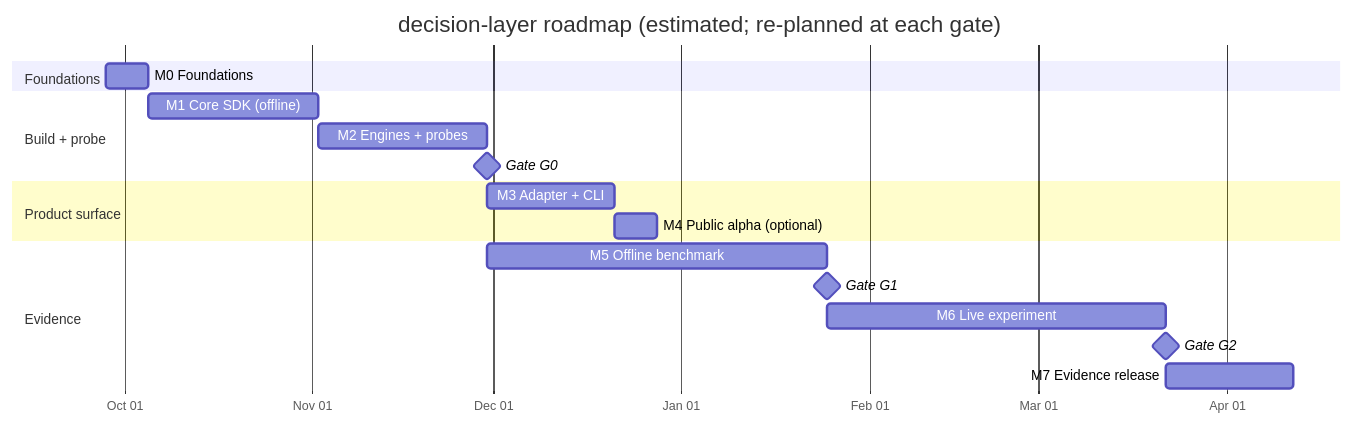
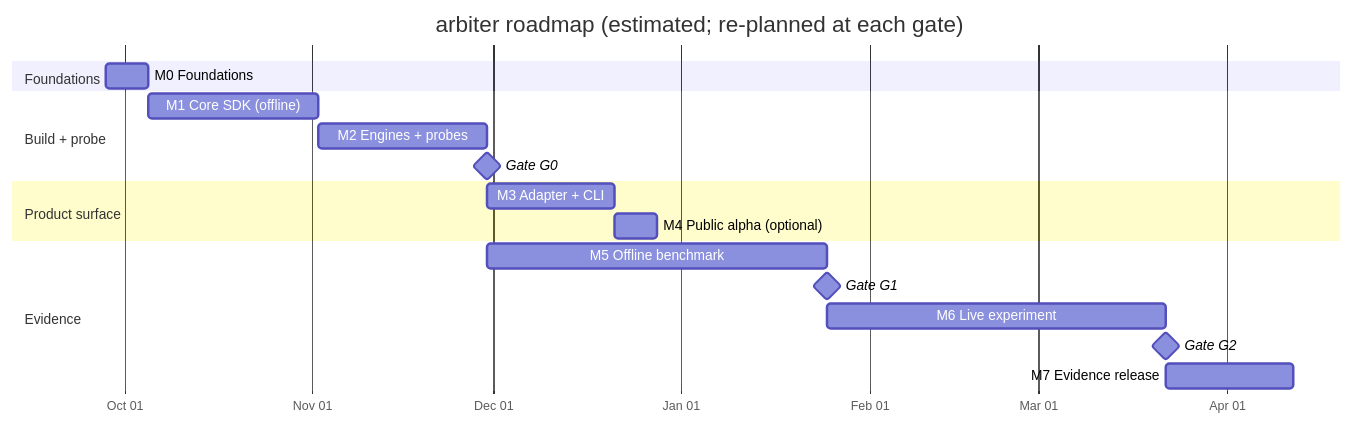
One commit to shrijacked/ARBITER changed the fifth of 5 diagrams in docs/PLAN.md. Above: the diagram before and after it, drawn with Mermaid. The commit also changed other lines of this file and 8 other files, not shown here.

````diff
--- a/docs/PLAN.md
+++ b/docs/PLAN.md
@@ -232,21 +232,21 @@
 ```mermaid
 gantt
-    title decision-layer roadmap (estimated; re-planned at each gate)
+    title arbiter roadmap (estimated; re-planned at each gate)
     dateFormat YYYY-MM-DD
     axisFormat %b %d
     section Foundations
     M0 Foundations            :m0, 2026-09-28, 7d
     section Build + probe
     M1 Core SDK (offline)     :m1, after m0, 28d
     M2 Engines + probes       :m2, after m1, 28d
     Gate G0                   :milestone, g0, after m2, 0d
     section Product surface
     M3 Adapter + CLI          :m3, after g0, 21d
     M4 Public alpha (optional):m4, after m3, 7d
     section Evidence
     M5 Offline benchmark      :m5, after g0, 56d
     Gate G1                   :milestone, g1, after m5, 0d
     M6 Live experiment        :m6, after g1, 56d
     Gate G2                   :milestone, g2, after m6, 0d
     M7 Evidence release       :m7, after g2, 21d
 ```
````
